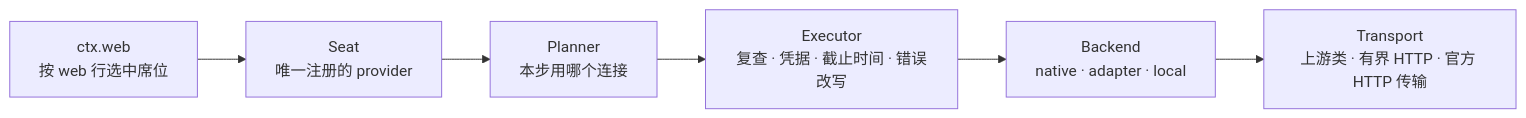
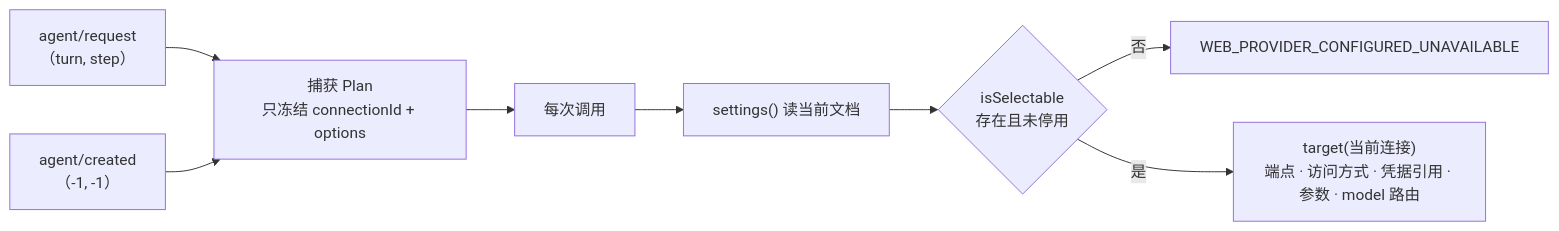
One commit to Yurzi/dsh-tool-web-enhanced changed the fourth of 5 diagrams in docs/architecture.md. Above: the diagram before and after it, drawn with Mermaid. The commit also changed other lines of this file and 156 other files, not shown here.

```diff
--- a/docs/architecture.md
+++ b/docs/architecture.md
@@ -214,8 +187,10 @@
 ~~~mermaid
 flowchart LR
-  WEB["ctx.web<br/>按 web 行选中席位"] --> SEAT["Seat<br/>唯一注册的 provider"]
-  SEAT --> PLAN["Planner<br/>本步用哪个连接"]
-  PLAN --> EXEC["Executor<br/>复查 · 凭据 · 截止时间 · 错误改写"]
-  EXEC --> BACKEND["Backend<br/>native · adapter · local"]
-  BACKEND --> TRANSPORT["Transport<br/>上游类 · 有界 HTTP · 官方 HTTP 传输"]
+  A["agent/request<br/>（turn, step）"] --> P["捕获 Plan<br/>只冻结 connectionId + options"]
+  B["agent/created<br/>（-1, -1）"] --> P
+  P --> CALL["每次调用"]
+  CALL --> R["settings() 读当前文档"]
+  R --> Q{"isSelectable<br/>存在且未停用"}
+  Q -- 否 --> E["WEB_PROVIDER_CONFIGURED_UNAVAILABLE"]
+  Q -- 是 --> TGT["target(当前连接)<br/>端点 · 访问方式 · 凭据引用 · 参数 · model 路由"]
 ~~~
```
